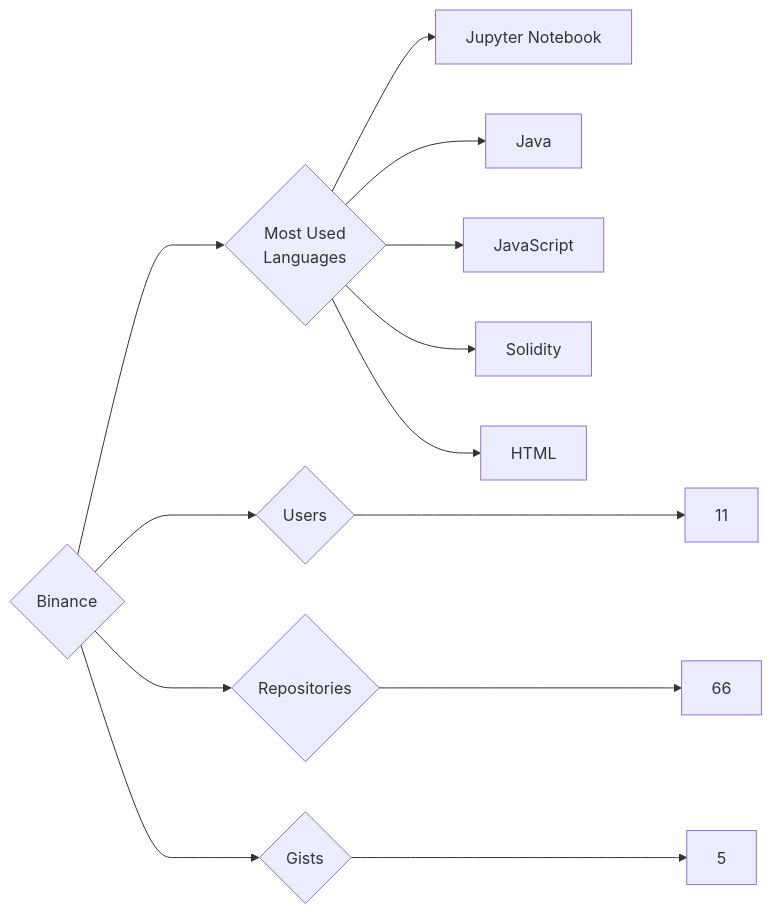
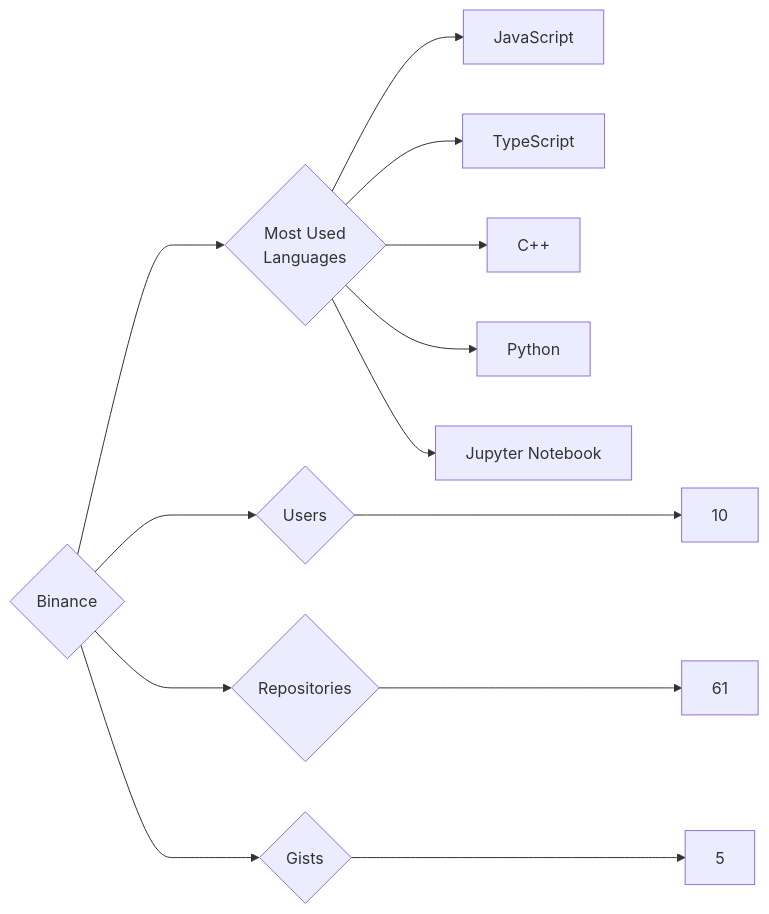
The diagram in targets/Binance/README.md (trickest/insiders), drawn with Mermaid before and after one commit. The commit also changed 622 other files, not shown here.

````diff
--- a/targets/Binance/README.md
+++ b/targets/Binance/README.md
@@ -3,13 +3,13 @@
 ```mermaid
 graph LR
 COMPANY_NAME{Binance}
-COMPANY_NAME ---> U{Users} ---> UN[11]
-COMPANY_NAME ---> R{Repositories} ---> RN[66]
+COMPANY_NAME ---> U{Users} ---> UN[10]
+COMPANY_NAME ---> R{Repositories} ---> RN[61]
 COMPANY_NAME ---> G{Gists} ---> GN[5]
 COMPANY_NAME ---> ML{Most Used<br>Languages}
+ML --> JavaScript[JavaScript]
+ML --> TypeScript[TypeScript]
+ML --> C++[C++]
+ML --> Python[Python]
 ML --> Jupyter_Notebook[Jupyter Notebook]
-ML --> Java[Java]
-ML --> JavaScript[JavaScript]
-ML --> Solidity[Solidity]
-ML --> HTML[HTML]
 ```
````
